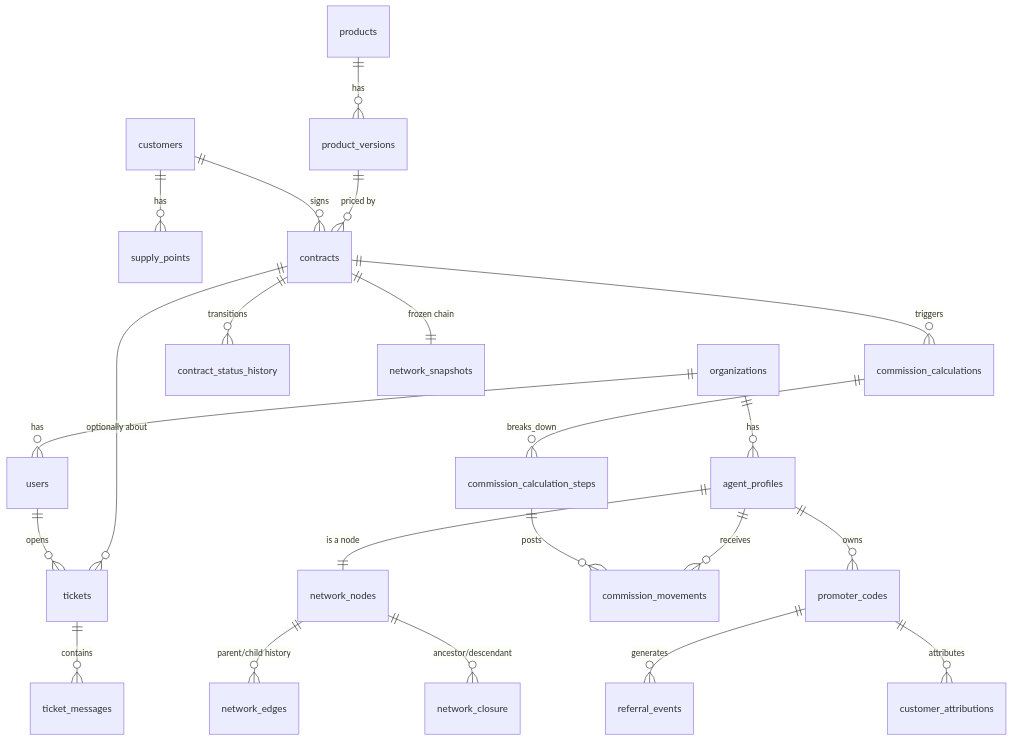
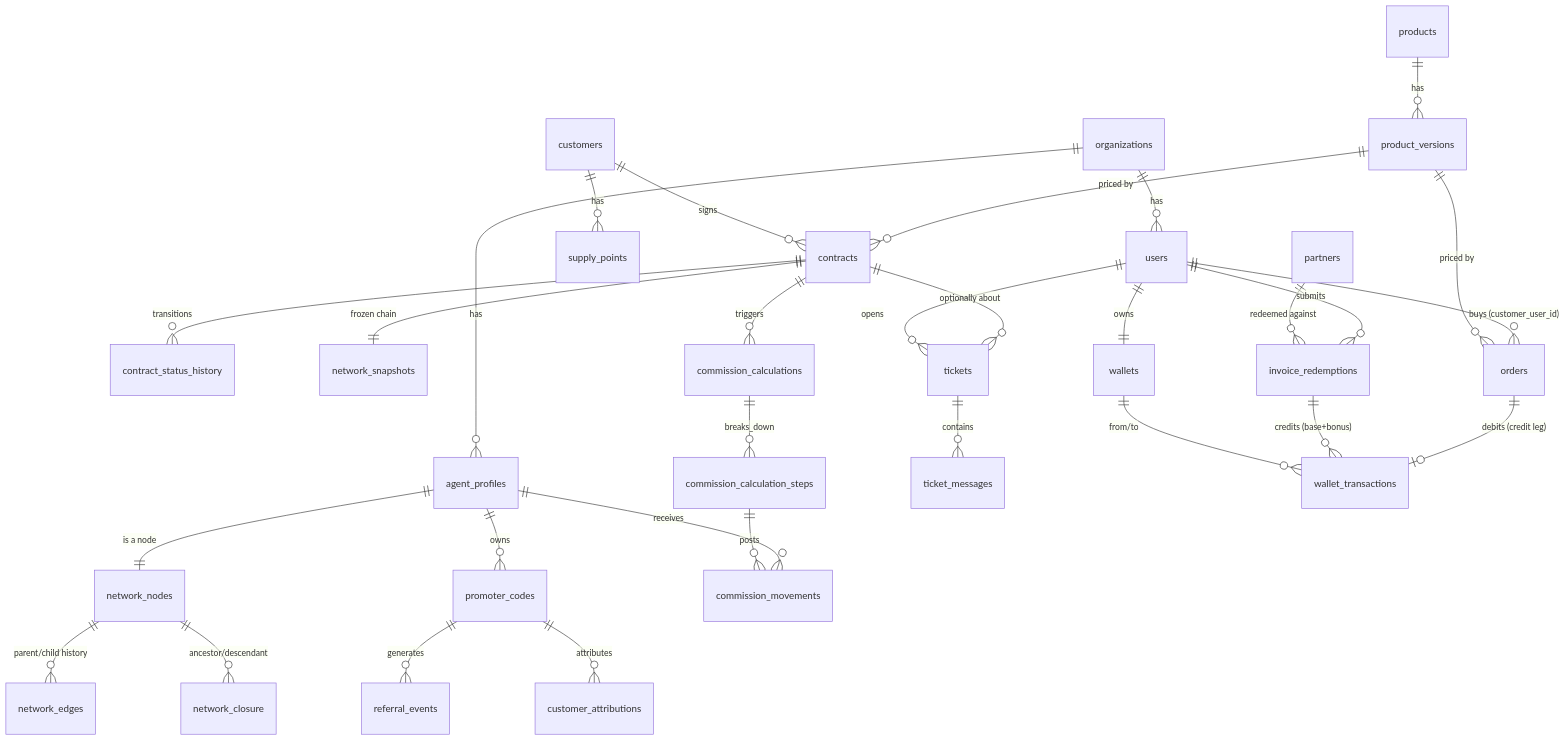
The diagram in docs/database-model.md (raphaelcodeart/energy-webapp), drawn with Mermaid before and after one commit. The commit also changed other lines of this file and 1 other file, not shown here.

First line of the commit message:
docs(schema): refresh database-schema.sql dump and database-model.md for Sessions 23-25

````diff
--- a/docs/database-model.md
+++ b/docs/database-model.md
@@ -512,24 +632,32 @@
 ```mermaid
 erDiagram
   organizations ||--o{ users : has
   organizations ||--o{ agent_profiles : has
   agent_profiles ||--|| network_nodes : "is a node"
   network_nodes ||--o{ network_edges : "parent/child history"
   network_nodes ||--o{ network_closure : "ancestor/descendant"
   agent_profiles ||--o{ promoter_codes : owns
   promoter_codes ||--o{ referral_events : generates
   promoter_codes ||--o{ customer_attributions : attributes
   customers ||--o{ supply_points : has
   customers ||--o{ contracts : signs
   products ||--o{ product_versions : has
   product_versions ||--o{ contracts : "priced by"
   contracts ||--o{ contract_status_history : transitions
   contracts ||--|| network_snapshots : "frozen chain"
   contracts ||--o{ commission_calculations : triggers
   commission_calculations ||--o{ commission_calculation_steps : breaks_down
   commission_calculation_steps ||--o{ commission_movements : posts
   agent_profiles ||--o{ commission_movements : receives
   users ||--o{ tickets : opens
   tickets ||--o{ ticket_messages : contains
   contracts ||--o{ tickets : "optionally about"
+  users ||--|| wallets : owns
+  wallets ||--o{ wallet_transactions : "from/to"
+  partners ||--o{ invoice_redemptions : "redeemed against"
+  users ||--o{ invoice_redemptions : submits
+  invoice_redemptions ||--o{ wallet_transactions : "credits (base+bonus)"
+  product_versions ||--o{ orders : "priced by"
+  users ||--o{ orders : "buys (customer_user_id)"
+  orders ||--o| wallet_transactions : "debits (credit leg)"
 ```
````
